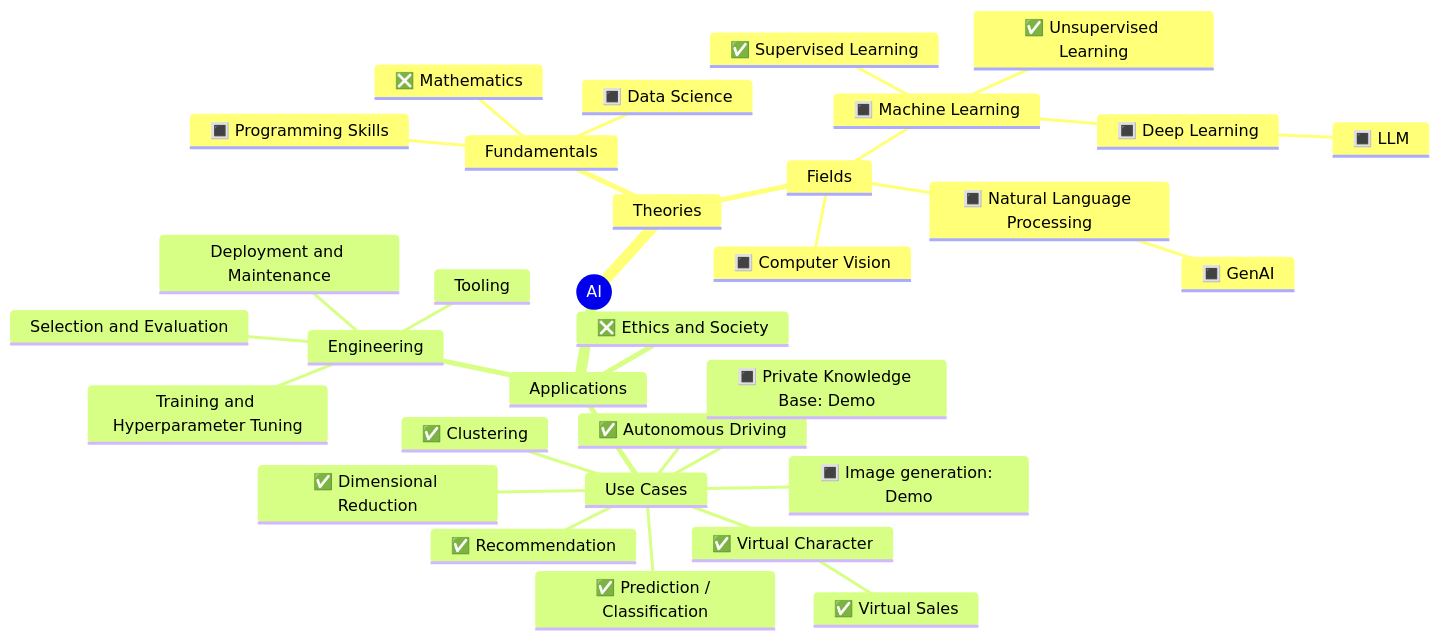
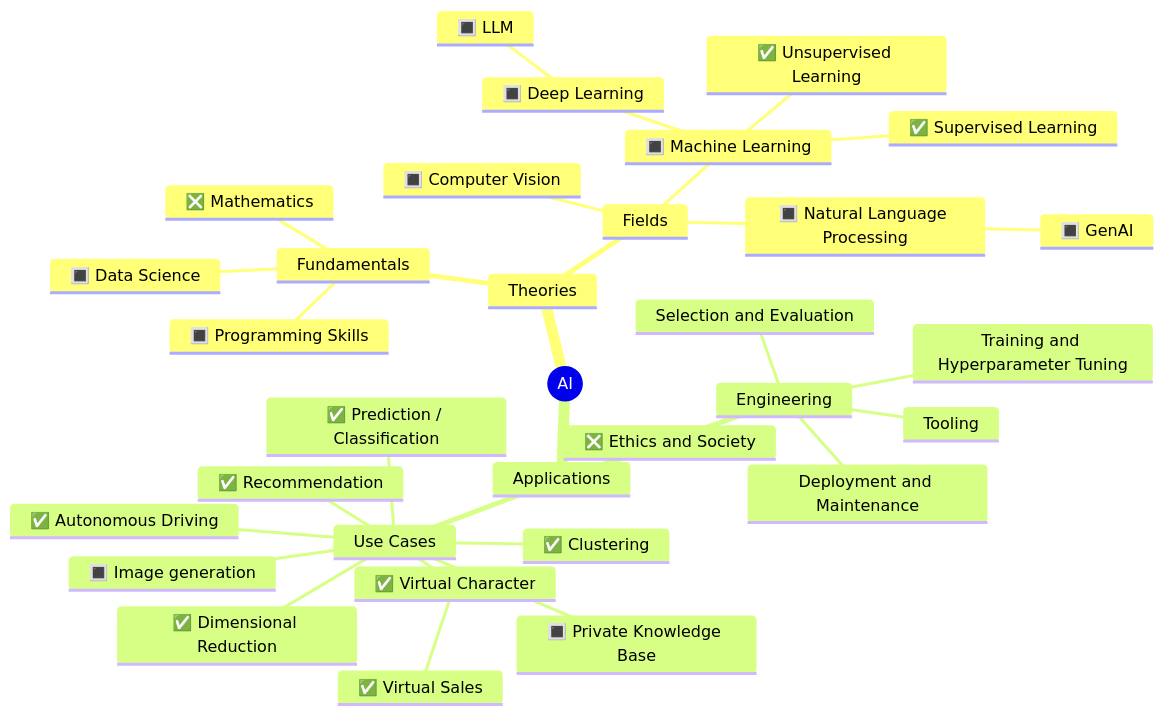
Before and after one commit to weirong2/ai-odyssey: the diagram in README.md, drawn with Mermaid. The commit also changed other lines of this file and 12 other files, not shown here.

````diff
--- a/README.md
+++ b/README.md
@@ -5,35 +5,35 @@
 ```mermaid
 mindmap
   root((AI))
     Theories
       Fundamentals
         ❎ Mathematics
         🔳 Programming Skills
         🔳 Data Science
       Fields
         🔳 Machine Learning
           ✅ Supervised Learning
           ✅ Unsupervised Learning
           🔳 Deep Learning
             🔳 LLM
         🔳 Natural Language Processing
           🔳 GenAI
         🔳 Computer Vision
     Applications
       Use Cases
         ✅ Prediction / Classification
         ✅ Clustering
         ✅ Dimensional Reduction
         ✅ Recommendation
         ✅ Autonomous Driving
         ✅ Virtual Character
           ✅ Virtual Sales
-        🔳 Private Knowledge Base: Demo
-        🔳 Image generation: Demo
+        🔳 Private Knowledge Base
+        🔳 Image generation
       Engineering
         Tooling
         Selection and Evaluation
         Training and Hyperparameter Tuning
         Deployment and Maintenance
       ❎ Ethics and Society
 ```
````
